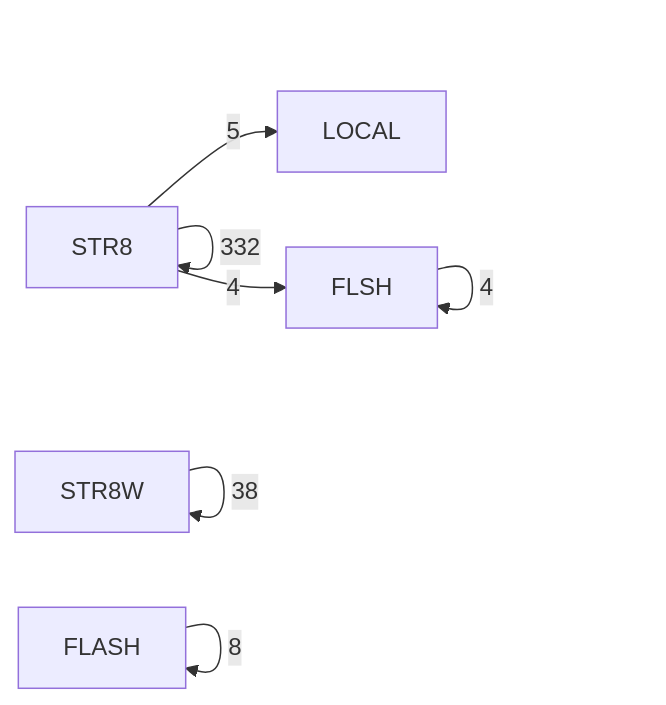
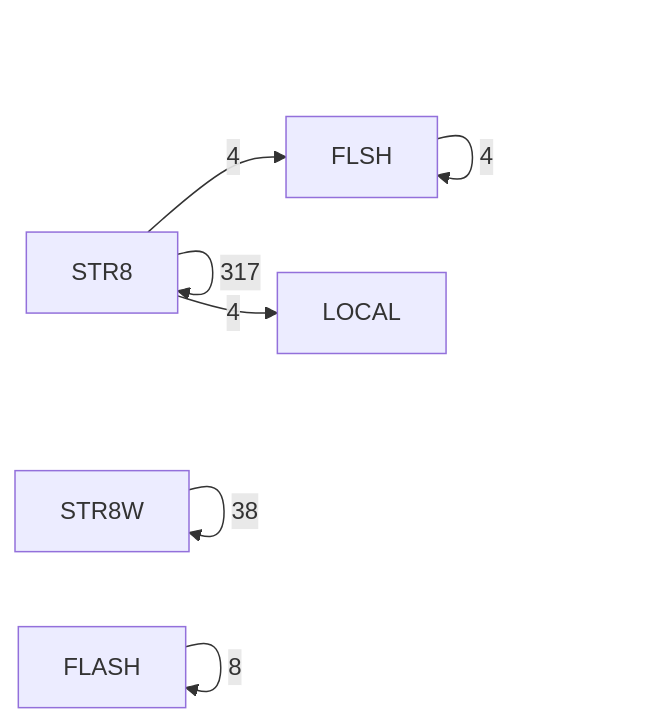
The fifth of 6 diagrams in DOC/GENERATED/ROUTINE_CLASS_DIAGRAM.md (95westus/R-YORS), drawn with Mermaid before and after one commit. The commit also changed other lines of this file and 17 other files, not shown here.

````diff
--- a/DOC/GENERATED/ROUTINE_CLASS_DIAGRAM.md
+++ b/DOC/GENERATED/ROUTINE_CLASS_DIAGRAM.md
@@ -77,9 +77,9 @@
 ```mermaid
 flowchart LR
-    P_STR8[STR8] -->|332| P_STR8[STR8]
+    P_STR8[STR8] -->|317| P_STR8[STR8]
     P_STR8W[STR8W] -->|38| P_STR8W[STR8W]
     P_FLASH[FLASH] -->|8| P_FLASH[FLASH]
-    P_STR8[STR8] -->|5| P_LOCAL[LOCAL]
     P_FLSH[FLSH] -->|4| P_FLSH[FLSH]
     P_STR8[STR8] -->|4| P_FLSH[FLSH]
+    P_STR8[STR8] -->|4| P_LOCAL[LOCAL]
 ```
````
